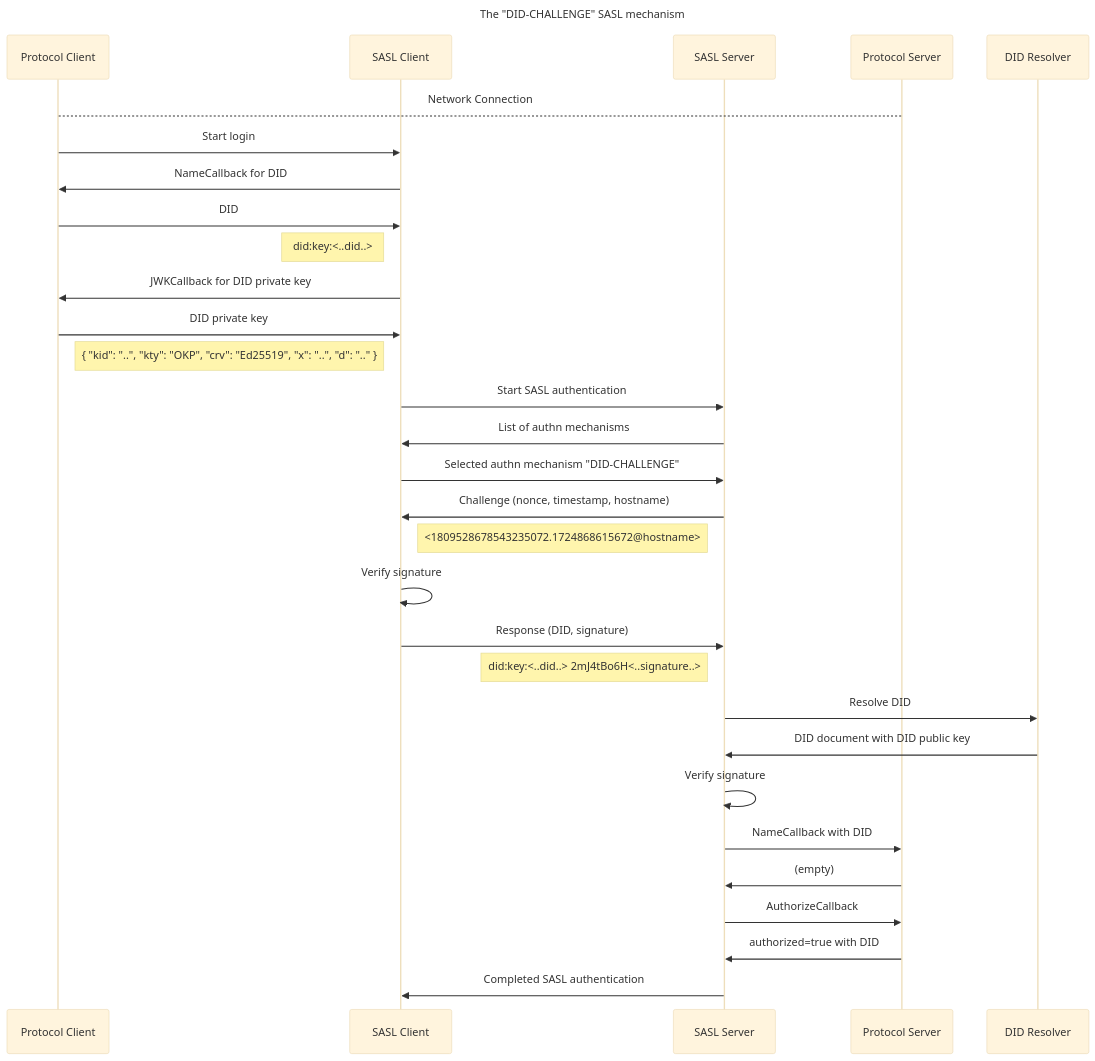
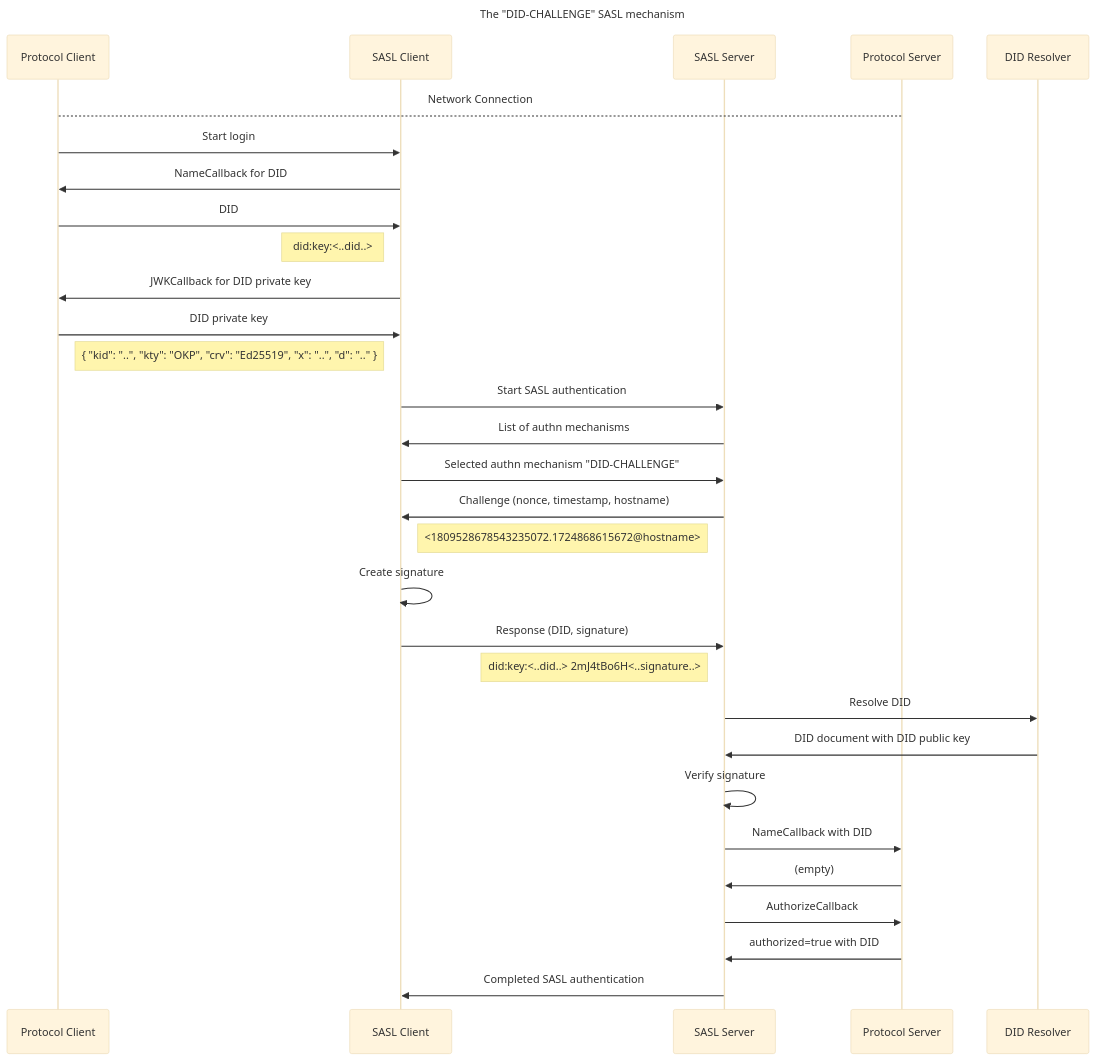
One commit to peacekeeper/java-sasl-did-mechanism changed the diagram in README.md. Above: the diagram before and after it, drawn with Mermaid (base theme).

````diff
--- a/README.md
+++ b/README.md
@@ -57,33 +57,33 @@
 ```mermaid
 sequenceDiagram
     title The "DID-CHALLENGE" SASL mechanism
     participant ProtocolClient as Protocol Client
     participant SASLClient as SASL Client
     participant SASLServer as SASL Server
     participant ProtocolServer as Protocol Server
     participant DIDResolver as DID Resolver
     ProtocolClient-->ProtocolServer: Network Connection
     ProtocolClient->>SASLClient: Start login
     SASLClient->>ProtocolClient: NameCallback for DID
     ProtocolClient->>SASLClient: DID
     note left of SASLClient: did:key:<..did..>
     SASLClient->>ProtocolClient: JWKCallback for DID private key
     ProtocolClient->>SASLClient: DID private key
     note left of SASLClient: { "kid": "..", "kty": "OKP", "crv": "Ed25519", "x": "..", "d": ".." }
     SASLClient->>SASLServer: Start SASL authentication
     SASLServer->>SASLClient: List of authn mechanisms
     SASLClient->>SASLServer: Selected authn mechanism "DID-CHALLENGE"
     SASLServer->>SASLClient: Challenge (nonce, timestamp, hostname)
     note right of SASLClient: <1809528678543235072.1724868615672@hostname>
-    SASLClient->>SASLClient: Verify signature
+    SASLClient->>SASLClient: Create signature
     SASLClient->>SASLServer: Response (DID, signature)
     note left of SASLServer: did:key:<..did..> 2mJ4tBo6H<..signature..>
     SASLServer->>DIDResolver: Resolve DID
     DIDResolver->>SASLServer: DID document with DID public key
     SASLServer->>SASLServer: Verify signature
     SASLServer->>ProtocolServer: NameCallback with DID
     ProtocolServer->>SASLServer: (empty)
     SASLServer->>ProtocolServer: AuthorizeCallback
     ProtocolServer->>SASLServer: authorized=true with DID
     SASLServer->>SASLClient: Completed SASL authentication
 ```
````
